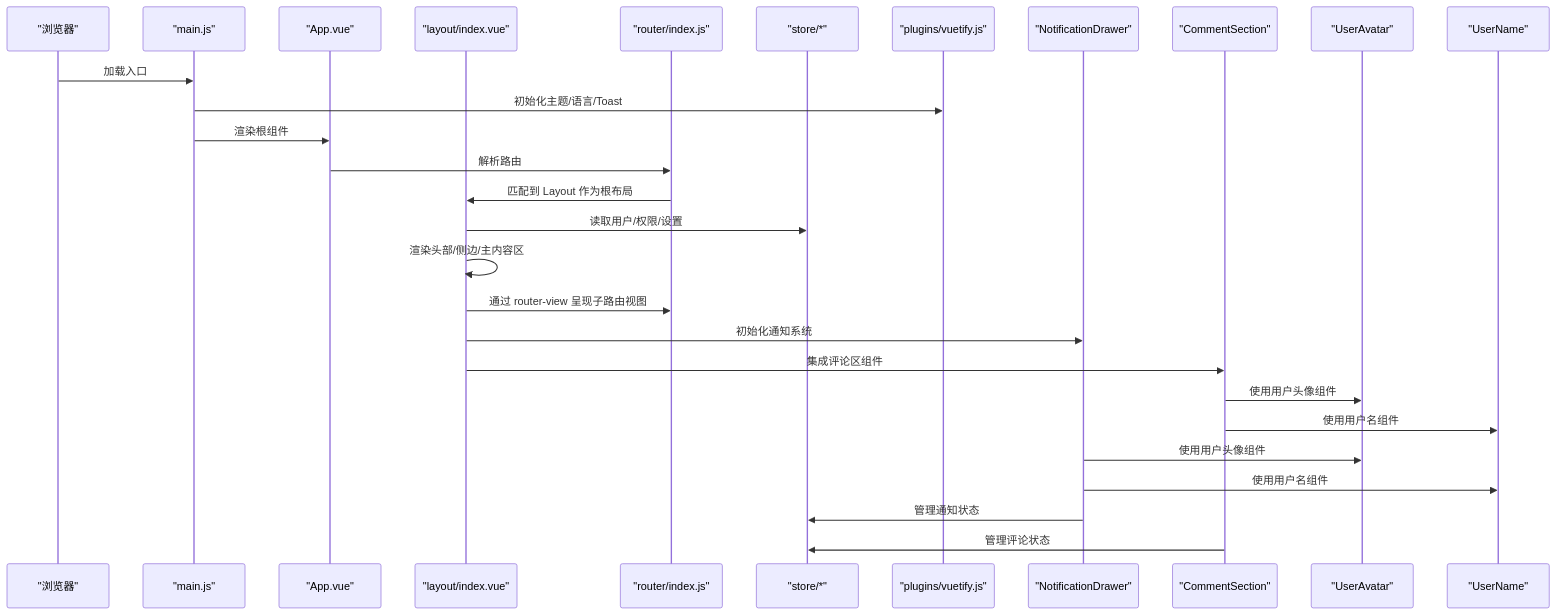
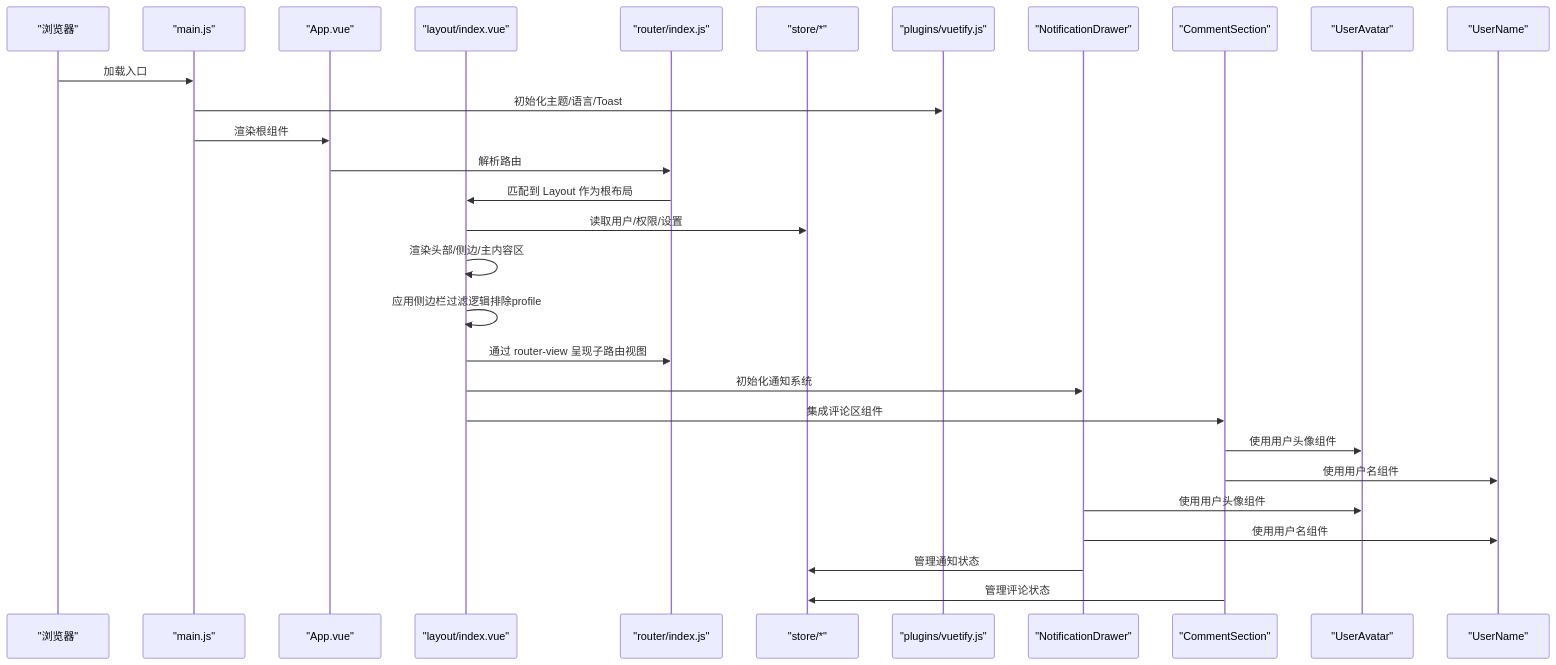
Before and after one commit to TinyMaD/SpeedRunnersLab: the second of 4 diagrams in .qoder/repowiki/zh/content/前端应用/组件架构/布局组件.md, drawn with Mermaid. The commit also changed other lines of this file and 33 other files, not shown here.

````diff
--- a/.qoder/repowiki/zh/content/前端应用/组件架构/布局组件.md
+++ b/.qoder/repowiki/zh/content/前端应用/组件架构/布局组件.md
@@ -189,30 +195,31 @@
 ```mermaid
 sequenceDiagram
 participant Browser as "浏览器"
 participant Main as "main.js"
 participant App as "App.vue"
 participant Layout as "layout/index.vue"
 participant Router as "router/index.js"
 participant Store as "store/*"
 participant Vuetify as "plugins/vuetify.js"
 participant Notification as "NotificationDrawer"
 participant Comment as "CommentSection"
 participant UserAvatar as "UserAvatar"
 participant UserName as "UserName"
 Browser->>Main : 加载入口
 Main->>Vuetify : 初始化主题/语言/Toast
 Main->>App : 渲染根组件
 App->>Router : 解析路由
 Router->>Layout : 匹配到 Layout 作为根布局
 Layout->>Store : 读取用户/权限/设置
 Layout->>Layout : 渲染头部/侧边/主内容区
+Layout->>Layout : 应用侧边栏过滤逻辑排除profile
 Layout->>Router : 通过 router-view 呈现子路由视图
 Layout->>Notification : 初始化通知系统
 Layout->>Comment : 集成评论区组件
 Comment->>UserAvatar : 使用用户头像组件
 Comment->>UserName : 使用用户名组件
 Notification->>UserAvatar : 使用用户头像组件
 Notification->>UserName : 使用用户名组件
 Notification->>Store : 管理通知状态
 Comment->>Store : 管理评论状态
 ```
````
